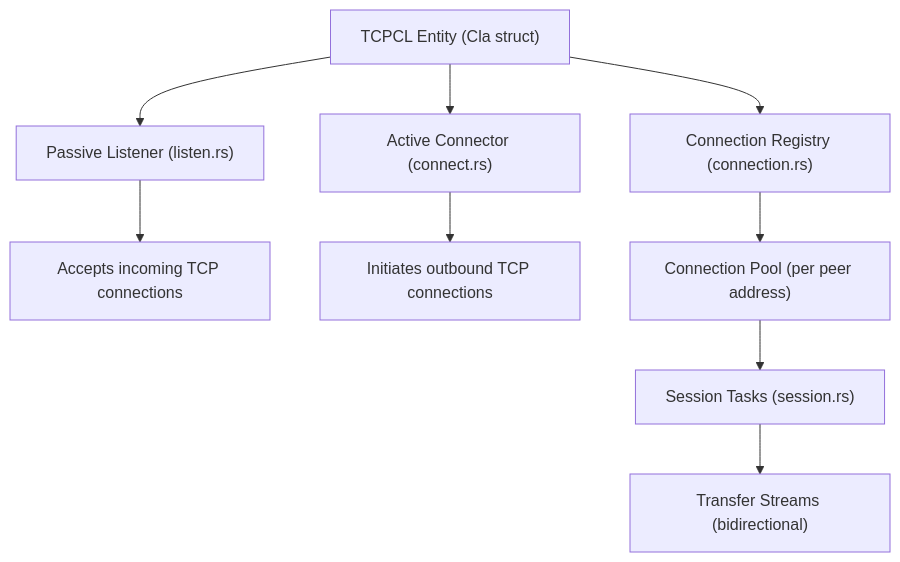
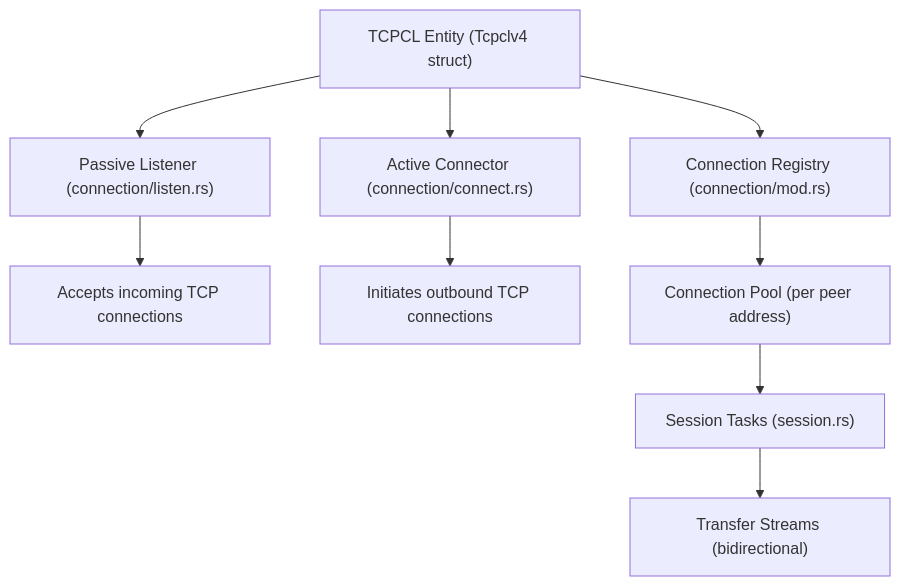
The first of 2 diagrams in tcpclv4/docs/design.md (ricktaylor/hardy), drawn with Mermaid before and after one commit. The commit also changed other lines of this file and 21 other files, not shown here.

Commit message:
refactor(tcpclv4)!: rebuild around a Tcpclv4 entity and fluent builders

````diff
--- a/tcpclv4/docs/design.md
+++ b/tcpclv4/docs/design.md
@@ -19,12 +19,12 @@
 ```mermaid
 graph TD
-    entity["TCPCL Entity (Cla struct)"]
-    entity --> listener["Passive Listener (listen.rs)"]
+    entity["TCPCL Entity (Tcpclv4 struct)"]
+    entity --> listener["Passive Listener (connection/listen.rs)"]
     listener --> accepts["Accepts incoming TCP connections"]
-    entity --> connector["Active Connector (connect.rs)"]
+    entity --> connector["Active Connector (connection/connect.rs)"]
     connector --> initiates["Initiates outbound TCP connections"]
-    entity --> registry["Connection Registry (connection.rs)"]
+    entity --> registry["Connection Registry (connection/mod.rs)"]
     registry --> pool["Connection Pool (per peer address)"]
     pool --> sessions["Session Tasks (session.rs)"]
     sessions --> transfers["Transfer Streams (bidirectional)"]
 ```
````
